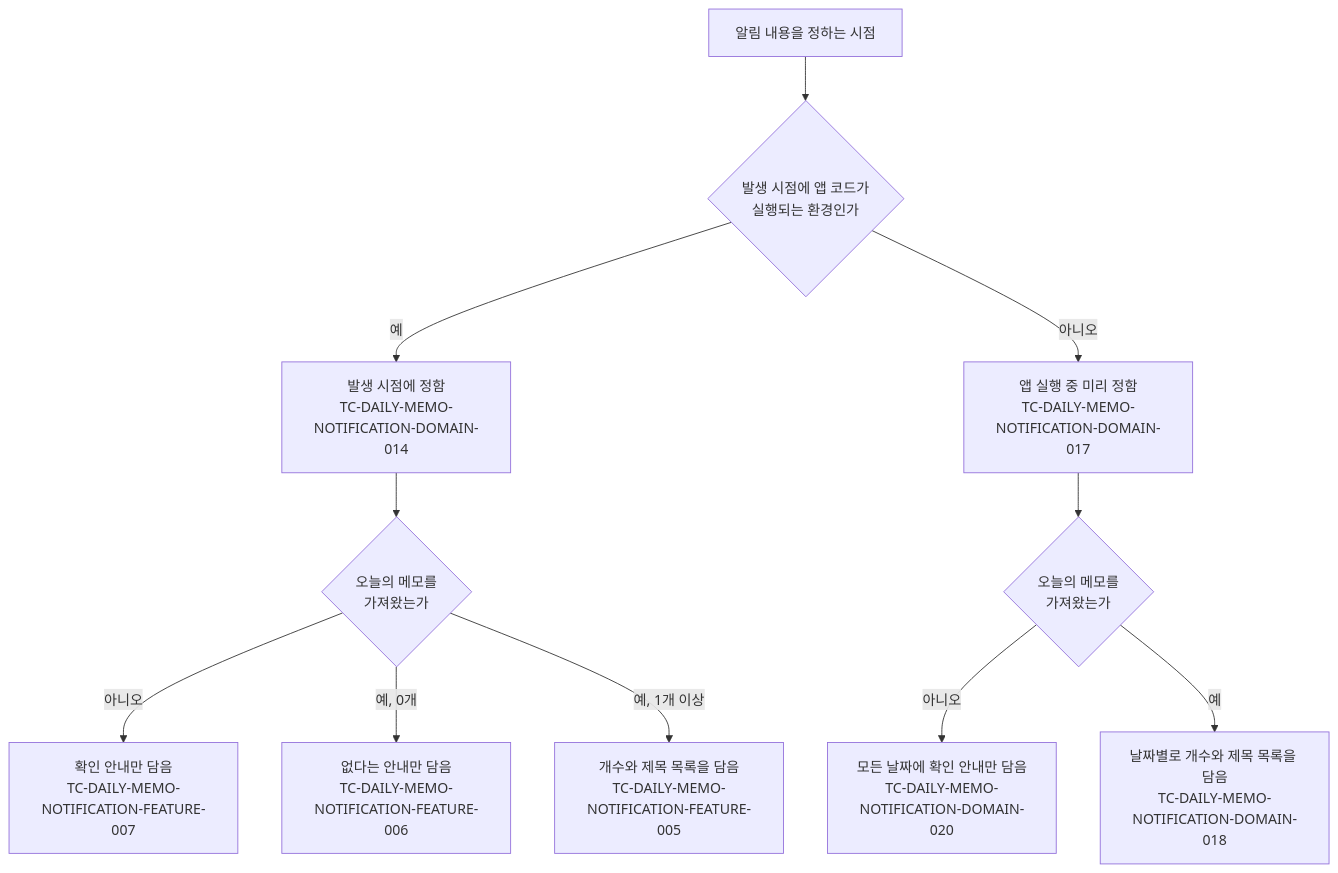
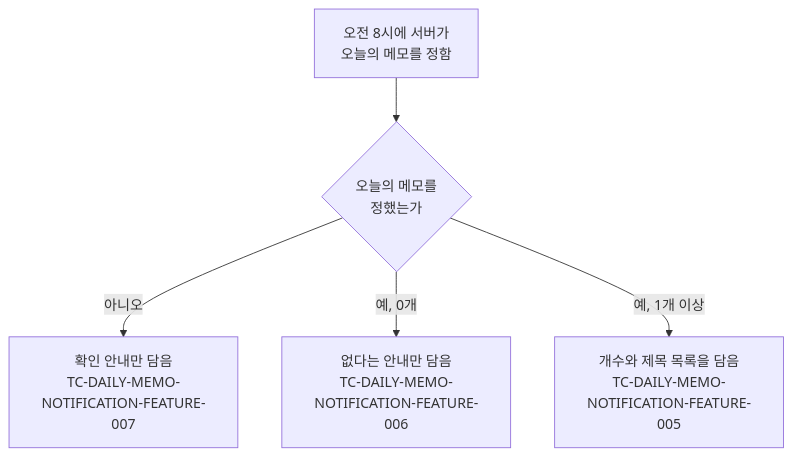
Before and after one commit to taetae98coding/DiaryKMP: the first of 2 diagrams in docs/testcase/daily-memo-notification.md, drawn with Mermaid. The commit also changed other lines of this file and 5 other files, not shown here.

````diff
--- a/docs/testcase/daily-memo-notification.md
+++ b/docs/testcase/daily-memo-notification.md
@@ -9,13 +11,7 @@
 ```mermaid
 flowchart TD
-    Start["알림 내용을 정하는 시점"] --> Runnable{"발생 시점에 앱 코드가<br/>실행되는 환경인가"}
-    Runnable -- 예 --> AtFire["발생 시점에 정함<br/>TC-DAILY-MEMO-NOTIFICATION-DOMAIN-014"]
-    Runnable -- 아니오 --> Ahead["앱 실행 중 미리 정함<br/>TC-DAILY-MEMO-NOTIFICATION-DOMAIN-017"]
-    AtFire --> Fetch{"오늘의 메모를<br/>가져왔는가"}
-    Ahead --> AheadFetch{"오늘의 메모를<br/>가져왔는가"}
+    Start["오전 8시에 서버가<br/>오늘의 메모를 정함"] --> Fetch{"오늘의 메모를<br/>정했는가"}
     Fetch -- 아니오 --> Failed["확인 안내만 담음<br/>TC-DAILY-MEMO-NOTIFICATION-FEATURE-007"]
     Fetch -- "예, 0개" --> Empty["없다는 안내만 담음<br/>TC-DAILY-MEMO-NOTIFICATION-FEATURE-006"]
     Fetch -- "예, 1개 이상" --> Listed["개수와 제목 목록을 담음<br/>TC-DAILY-MEMO-NOTIFICATION-FEATURE-005"]
-    AheadFetch -- 아니오 --> AheadFailed["모든 날짜에 확인 안내만 담음<br/>TC-DAILY-MEMO-NOTIFICATION-DOMAIN-020"]
-    AheadFetch -- 예 --> AheadListed["날짜별로 개수와 제목 목록을 담음<br/>TC-DAILY-MEMO-NOTIFICATION-DOMAIN-018"]
 ```
````
